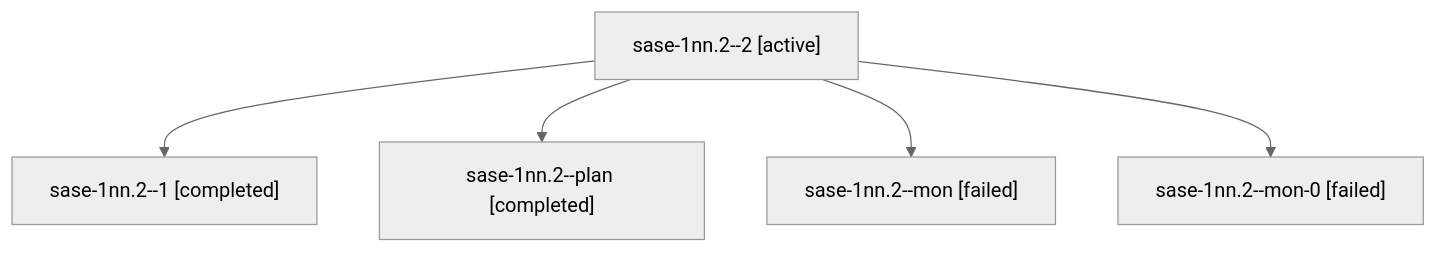
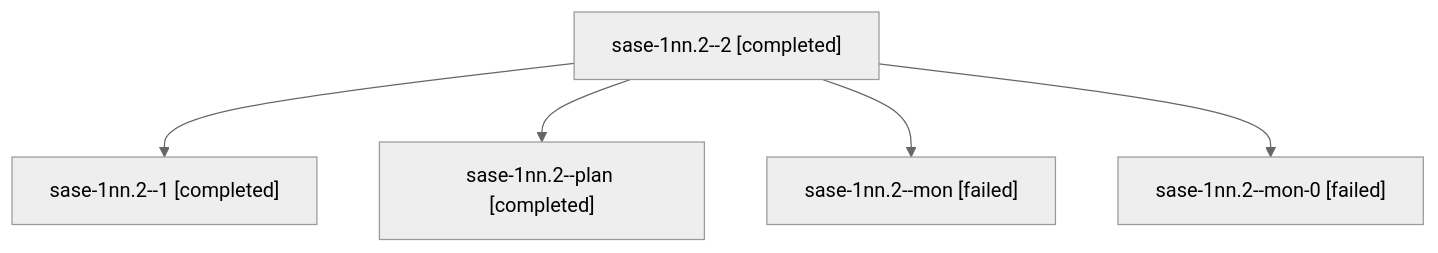
One commit to sase-org/sase--agents changed the diagram in sessions/bbugyi200.athena.sase-1nn.2.md. Above: the diagram before and after it, drawn with Mermaid (neutral theme). The commit also changed other lines of this file and 44 other files, not shown here.

````diff
--- a/sessions/bbugyi200.athena.sase-1nn.2.md
+++ b/sessions/bbugyi200.athena.sase-1nn.2.md
@@ -9,12 +9,12 @@
 ```mermaid
 flowchart TD
-  n0["sase-1nn.2--2 [active]"]
+  n0["sase-1nn.2--2 [completed]"]
   n1["sase-1nn.2--1 [completed]"]
   n0 --> n1
   n2["sase-1nn.2--plan [completed]"]
   n0 --> n2
   n3["sase-1nn.2--mon [failed]"]
   n0 --> n3
   n4["sase-1nn.2--mon-0 [failed]"]
   n0 --> n4
 ```
````
